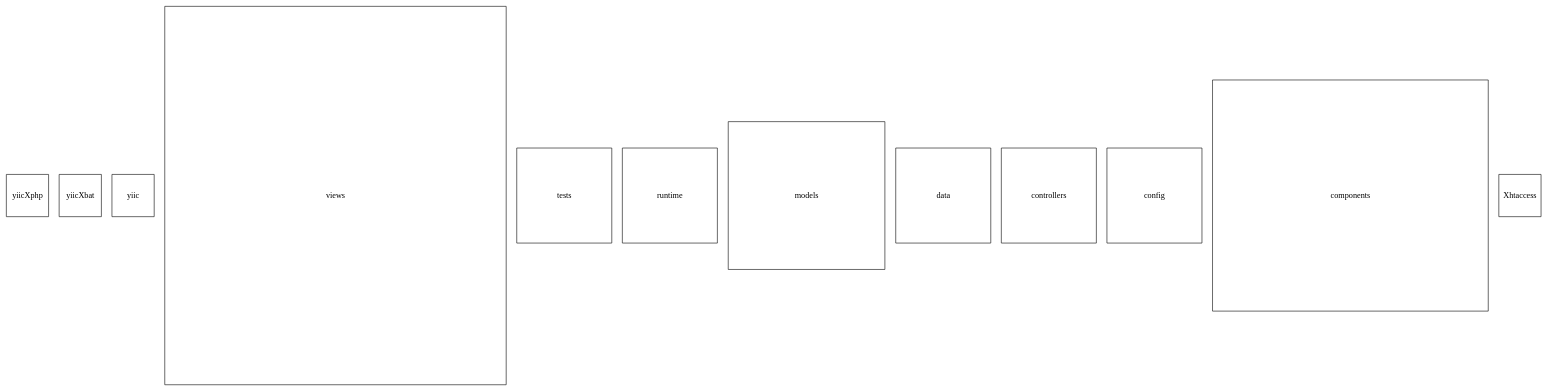
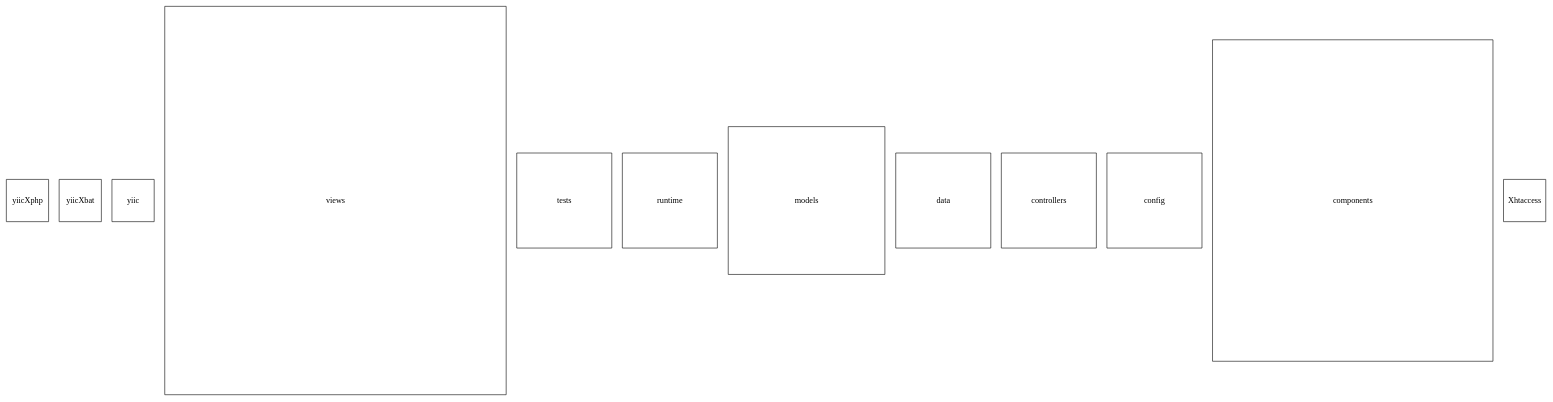
Before and after one commit to stefanrinderle/SoftViz3D: the diagram in x3d/temp.dot, drawn with Graphviz. The commit also changed 5 other files, not shown here.

```diff
--- a/x3d/temp.dot
+++ b/x3d/temp.dot
@@ -1,14 +1,14 @@
 digraph G {
 yiicXphp [shape="rectangle" width="1", height="1", fixedsize=true, type="leaf"];
 yiicXbat [shape="rectangle" width="1", height="1", fixedsize=true, type="leaf"];
 yiic [shape="rectangle" width="1", height="1", fixedsize=true, type="leaf"];
-views [shape="rectangle" width="8.08333333333", height="8.95833333333", fixedsize=true, type="node"];
+views [shape="rectangle" width="8.08333333333", height="9.19444444444", fixedsize=true, type="node"];
 tests [shape="rectangle" width="2.25", height="2.25", fixedsize=true, type="node"];
 runtime [shape="rectangle" width="2.25", height="2.25", fixedsize=true, type="node"];
 models [shape="rectangle" width="3.70833333333", height="3.5", fixedsize=true, type="node"];
 data [shape="rectangle" width="2.25", height="2.25", fixedsize=true, type="node"];
 controllers [shape="rectangle" width="2.25", height="2.25", fixedsize=true, type="node"];
 config [shape="rectangle" width="2.25", height="2.25", fixedsize=true, type="node"];
-components [shape="rectangle" width="6.52777777778", height="5.47222222222", fixedsize=true, type="node"];
+components [shape="rectangle" width="6.63888888889", height="7.61111111111", fixedsize=true, type="node"];
 Xhtaccess [shape="rectangle" width="1", height="1", fixedsize=true, type="leaf"];
 }
```
